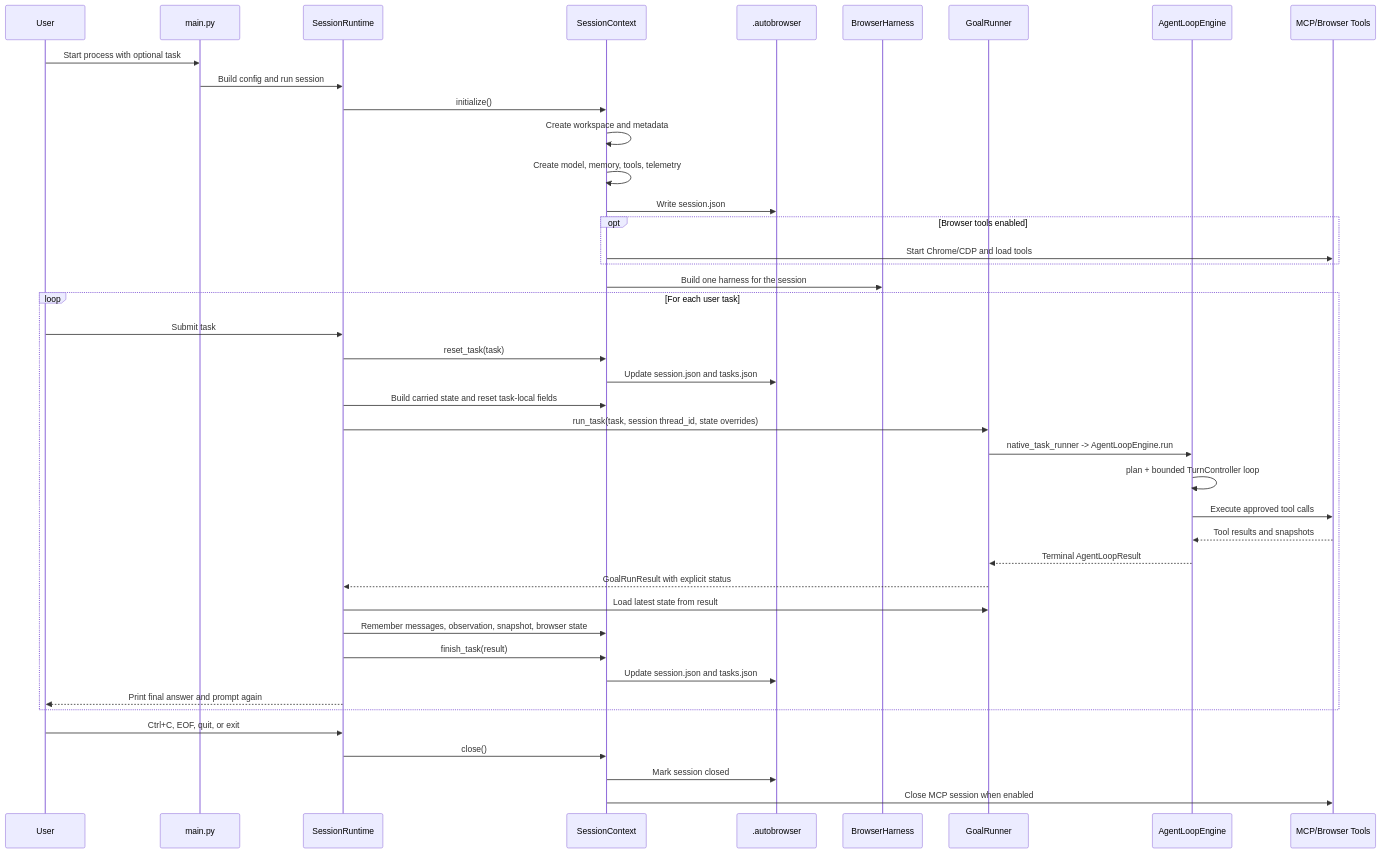
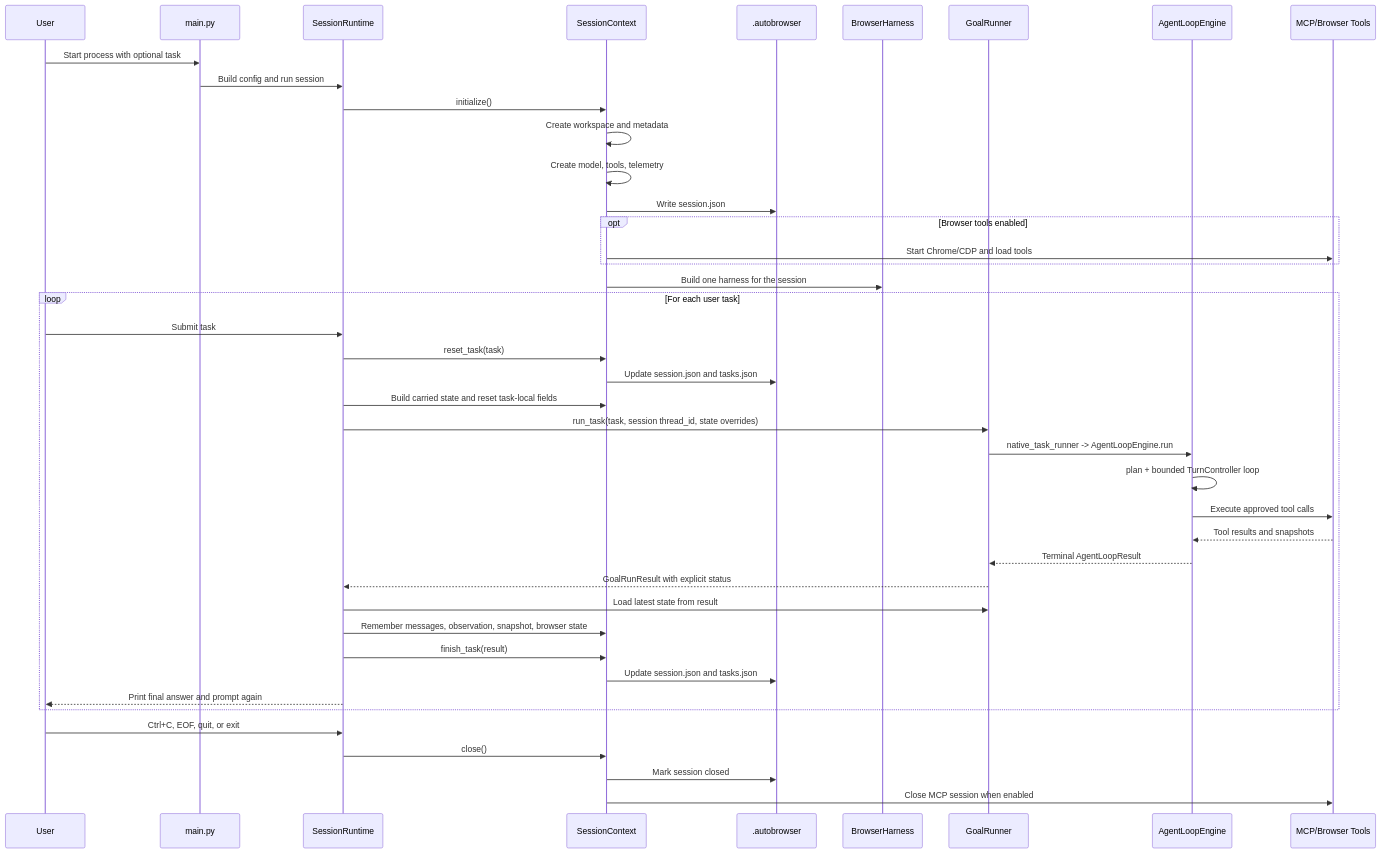
Before and after one commit to Hastur456/AutoBrowser: the diagram in docs/diagrams/session-runtime-sequence.md, drawn with Mermaid. The commit also changed 11 other files, not shown here.

````diff
--- a/docs/diagrams/session-runtime-sequence.md
+++ b/docs/diagrams/session-runtime-sequence.md
@@ -9,45 +9,45 @@
 ```mermaid
 sequenceDiagram
   participant User
   participant CLI as main.py
   participant Session as SessionRuntime
   participant Context as SessionContext
   participant Files as .autobrowser
   participant Harness as BrowserHarness
   participant Goals as GoalRunner
   participant Engine as AgentLoopEngine
   participant MCP as MCP/Browser Tools
 
   User->>CLI: Start process with optional task
   CLI->>Session: Build config and run session
   Session->>Context: initialize()
   Context->>Context: Create workspace and metadata
-  Context->>Context: Create model, memory, tools, telemetry
+  Context->>Context: Create model, tools, telemetry
   Context->>Files: Write session.json
   opt Browser tools enabled
     Context->>MCP: Start Chrome/CDP and load tools
   end
   Context->>Harness: Build one harness for the session
   loop For each user task
     User->>Session: Submit task
     Session->>Context: reset_task(task)
     Context->>Files: Update session.json and tasks.json
     Session->>Context: Build carried state and reset task-local fields
     Session->>Goals: run_task(task, session thread_id, state overrides)
     Goals->>Engine: native_task_runner -> AgentLoopEngine.run
     Engine->>Engine: plan + bounded TurnController loop
     Engine->>MCP: Execute approved tool calls
     MCP-->>Engine: Tool results and snapshots
     Engine-->>Goals: Terminal AgentLoopResult
     Goals-->>Session: GoalRunResult with explicit status
     Session->>Goals: Load latest state from result
     Session->>Context: Remember messages, observation, snapshot, browser state
     Session->>Context: finish_task(result)
     Context->>Files: Update session.json and tasks.json
     Session-->>User: Print final answer and prompt again
   end
   User->>Session: Ctrl+C, EOF, quit, or exit
   Session->>Context: close()
   Context->>Files: Mark session closed
   Context->>MCP: Close MCP session when enabled
 ```
````
